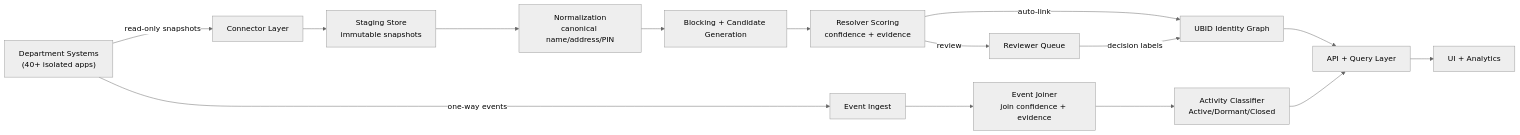
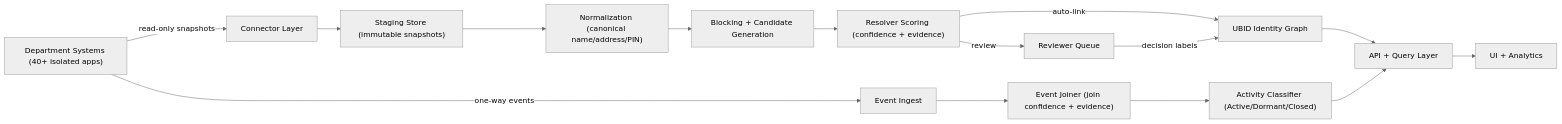
Before and after one commit to Jeyasaravanan18/karnataka-ubid-identity-graph: the diagram in docs/ARCHITECTURE.md, drawn with Mermaid (neutral theme). The commit also changed 2 other files, not shown here.

Commit message:
Docs: fix diagrams and cleanup git workaround

````diff
--- a/docs/ARCHITECTURE.md
+++ b/docs/ARCHITECTURE.md
@@ -14,20 +14,20 @@
 ```mermaid
 flowchart LR
-A["Department Systems<br/>(40+ isolated apps)"] -->|read-only snapshots| B["Connector Layer"]
+A["Department Systems (40+ isolated apps)"] -->|read-only snapshots| B["Connector Layer"]
 A -->|one-way events| C["Event Ingest"]
 
-B --> D["Staging Store<br/>immutable snapshots"]
-D --> E["Normalization<br/>canonical name/address/PIN"]
+B --> D["Staging Store (immutable snapshots)"]
+D --> E["Normalization (canonical name/address/PIN)"]
 E --> F["Blocking + Candidate Generation"]
-F --> G["Resolver Scoring<br/>confidence + evidence"]
+F --> G["Resolver Scoring (confidence + evidence)"]
 G -->|auto-link| H["UBID Identity Graph"]
 G -->|review| I["Reviewer Queue"]
 I -->|decision labels| H
 
-C --> J["Event Joiner<br/>join confidence + evidence"]
-J --> K["Activity Classifier<br/>Active/Dormant/Closed"]
+C --> J["Event Joiner (join confidence + evidence)"]
+J --> K["Activity Classifier (Active/Dormant/Closed)"]
 
 H --> L["API + Query Layer"]
 K --> L
 L --> M["UI + Analytics"]
 ```
````
